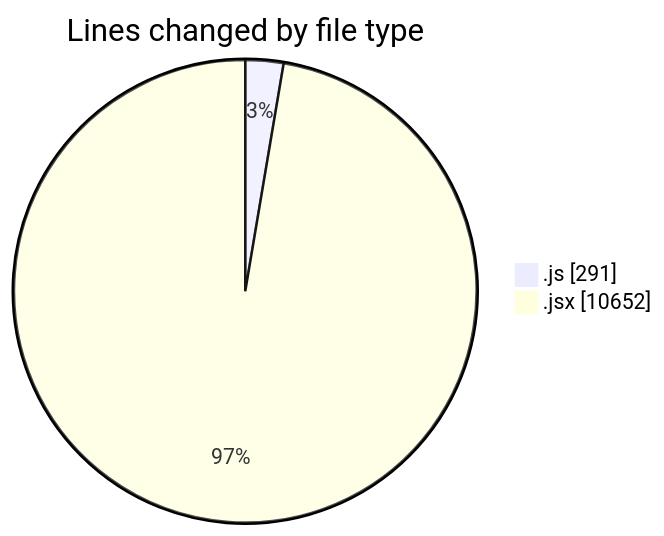
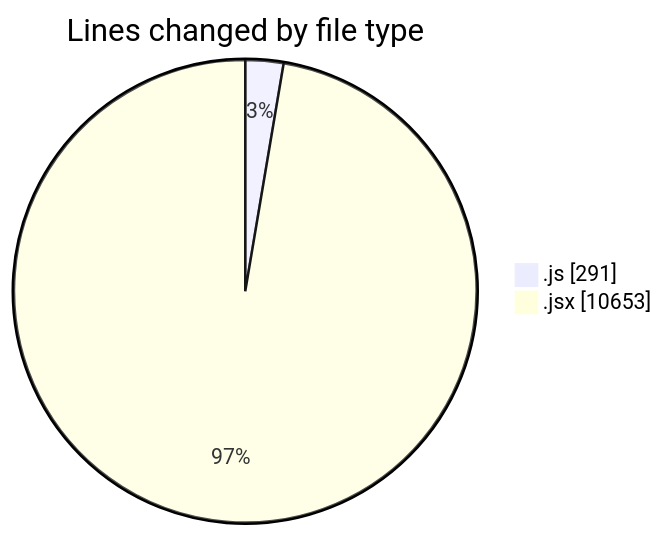
The first of 2 diagrams in 2025-07-28/nxtqube_webapp/README.md (nxtqubesakshisongat/code-tracking), drawn with Mermaid before and after one commit. The commit also changed other lines of this file and 1 other file, not shown here.

````diff
--- a/2025-07-28/nxtqube_webapp/README.md
+++ b/2025-07-28/nxtqube_webapp/README.md
@@ -45,6 +45,6 @@
 ```mermaid
 pie showData
 title Lines changed by file type
 ".js" : 291
-".jsx" : 10652
+".jsx" : 10653
 ```
````
